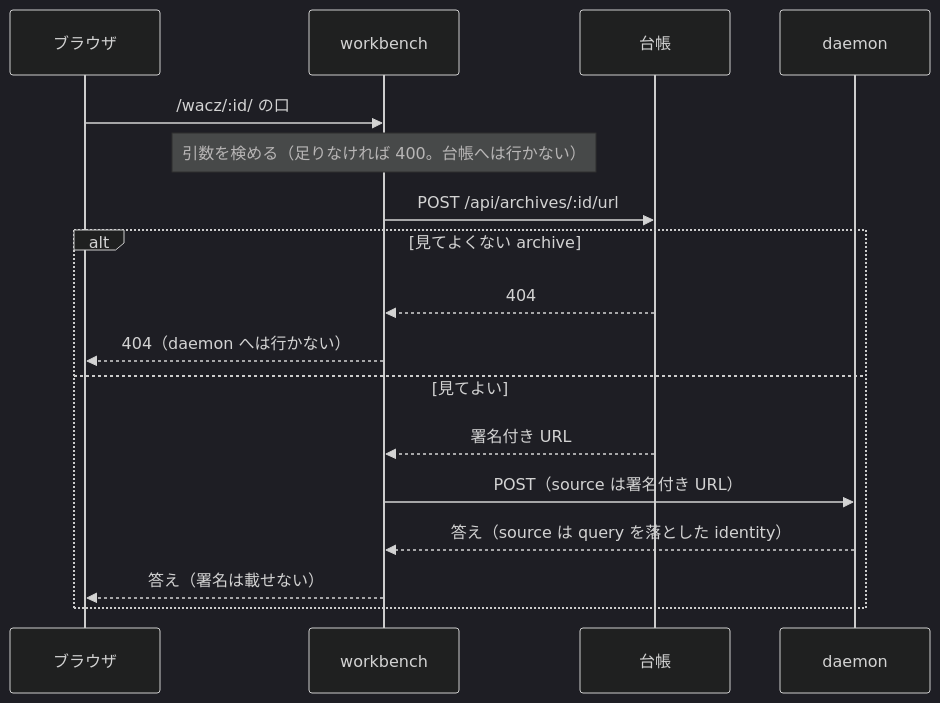
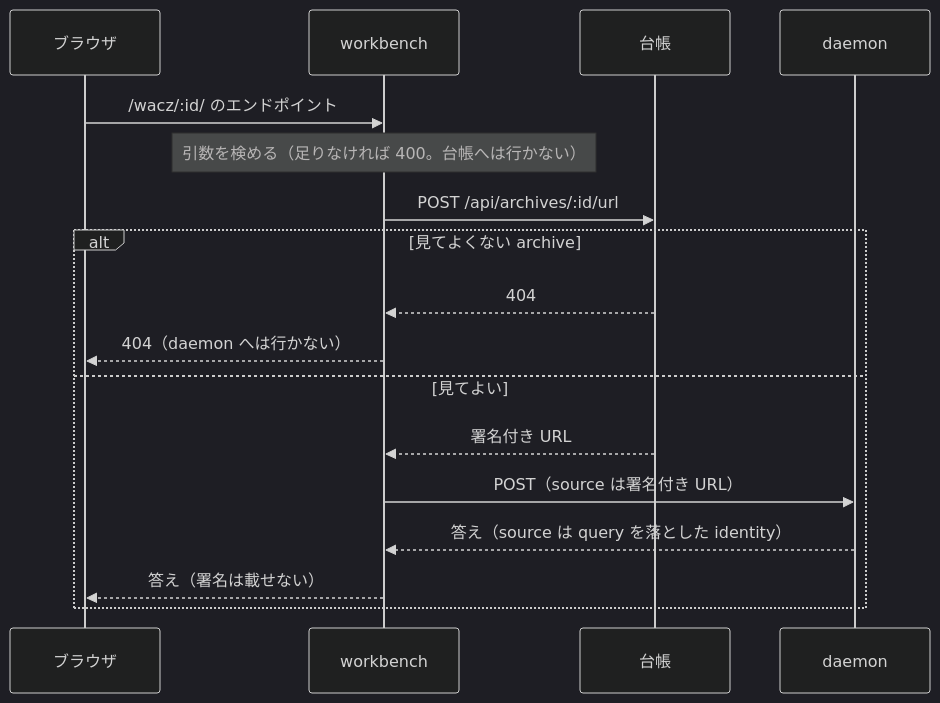
One commit to uraitakahito/capture-workbench changed the diagram in docs-site/src/content/docs/ja/wacz.md. Above: the diagram before and after it, drawn with Mermaid (dark theme). The commit also changed other lines of this file and 34 other files, not shown here.

````diff
--- a/docs-site/src/content/docs/ja/wacz.md
+++ b/docs-site/src/content/docs/ja/wacz.md
@@ -13,19 +13,19 @@
 ```mermaid
 sequenceDiagram
   participant B as ブラウザ
   participant D as workbench
   participant L as 台帳
   participant V as daemon
-  B->>D: /wacz/:id/ の口
+  B->>D: /wacz/:id/ のエンドポイント
   Note over D: 引数を検める（足りなければ 400。台帳へは行かない）
   D->>L: POST /api/archives/:id/url
   alt 見てよくない archive
     L-->>D: 404
     D-->>B: 404（daemon へは行かない）
   else 見てよい
     L-->>D: 署名付き URL
     D->>V: POST（source は署名付き URL）
     V-->>D: 答え（source は query を落とした identity）
     D-->>B: 答え（署名は載せない）
   end
 ```
````
